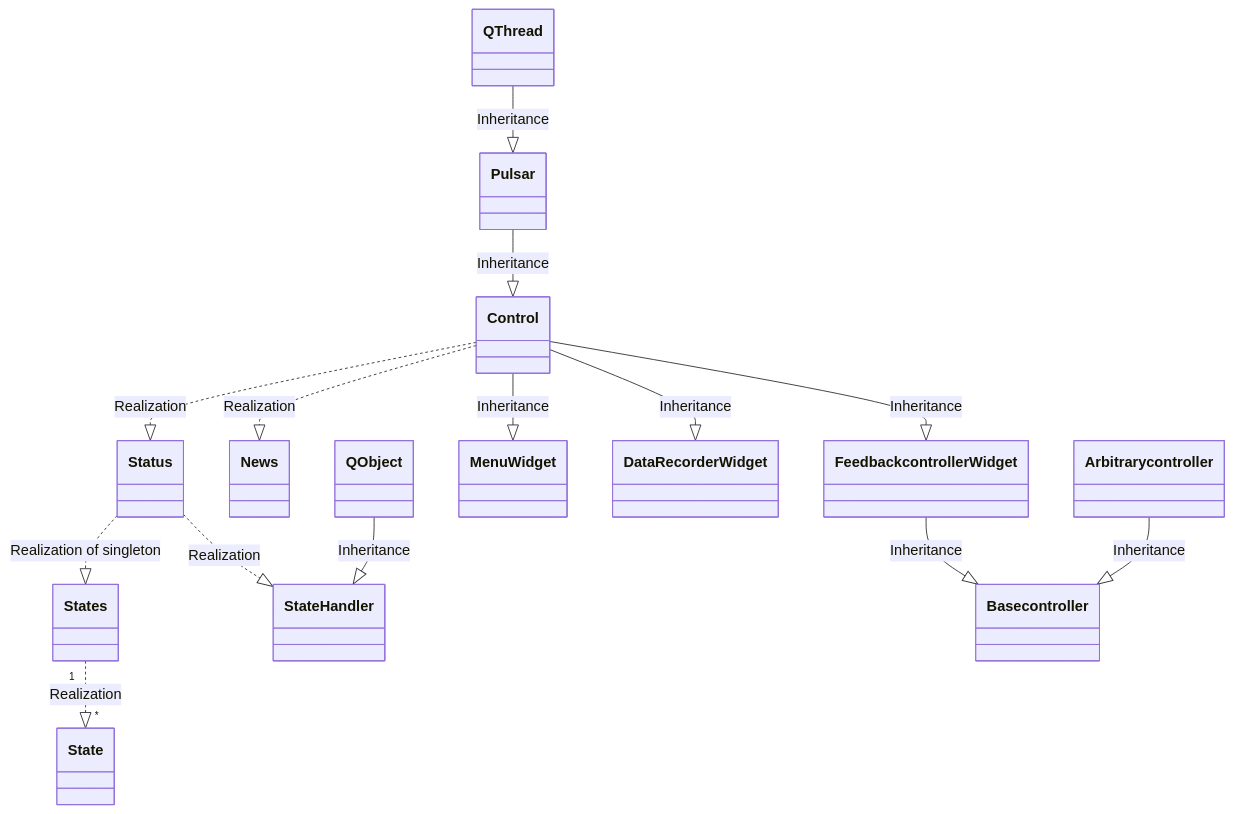
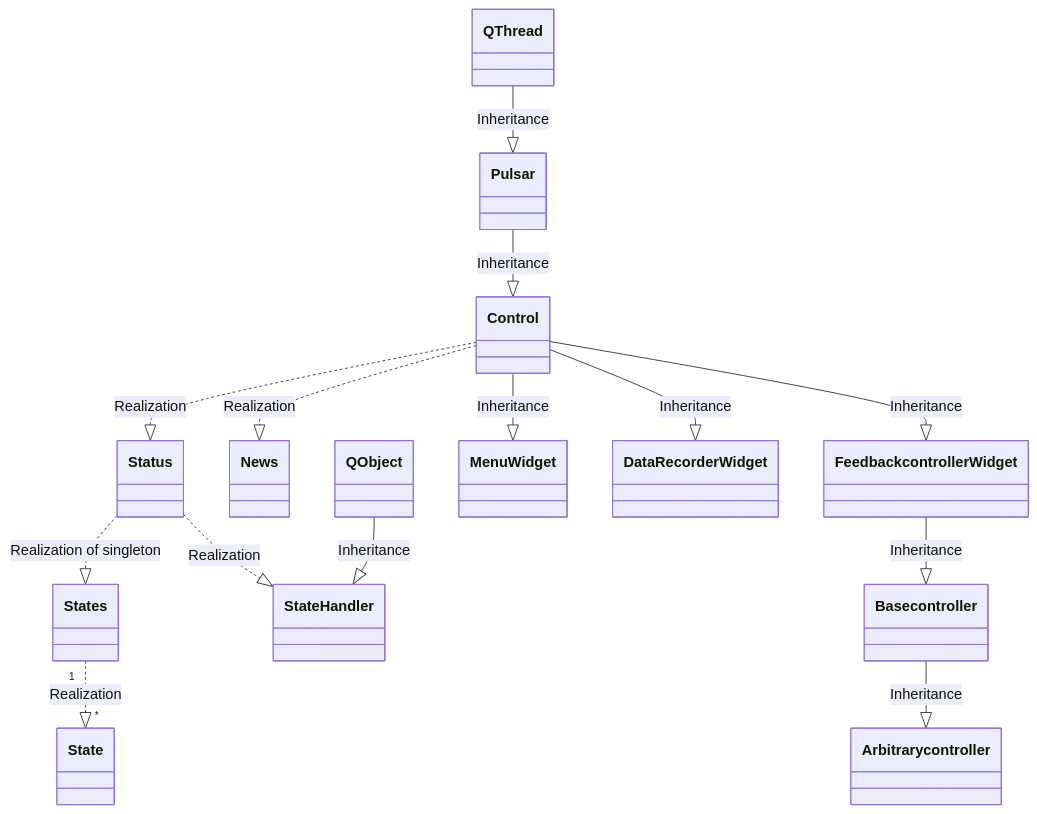
One commit to tud-hri/joan changed the diagram in README.md. Above: the diagram before and after it, drawn with Mermaid.

````diff
--- a/README.md
+++ b/README.md
@@ -29,32 +29,32 @@
 ```mermaid
     classDiagram
         class Status
         class News
         class State
         class States
         class StateHandler
         class Pulsar
         class QObject
         class QThread
         class MenuWidget
         class DataRecorderWidget
         class FeedbackcontrollerWidget
         class Basecontroller
         class Arbitrarycontroller
 
         States "1" ..|> "*" State : Realization
         Status ..|> States : Realization of singleton
         Status ..|> StateHandler : Realization
         QObject --|> StateHandler : Inheritance
         QThread --|> Pulsar : Inheritance
         Pulsar --|> Control : Inheritance
         Control ..|> Status : Realization
         Control ..|> News : Realization
         Control --|> MenuWidget : Inheritance
         Control  --|> DataRecorderWidget : Inheritance
         Control --|> FeedbackcontrollerWidget: Inheritance
 
         FeedbackcontrollerWidget --|> Basecontroller: Inheritance
-        Arbitrarycontroller --|> Basecontroller: Inheritance
+        Basecontroller --|> Arbitrarycontroller: Inheritance
 
 ```
````
